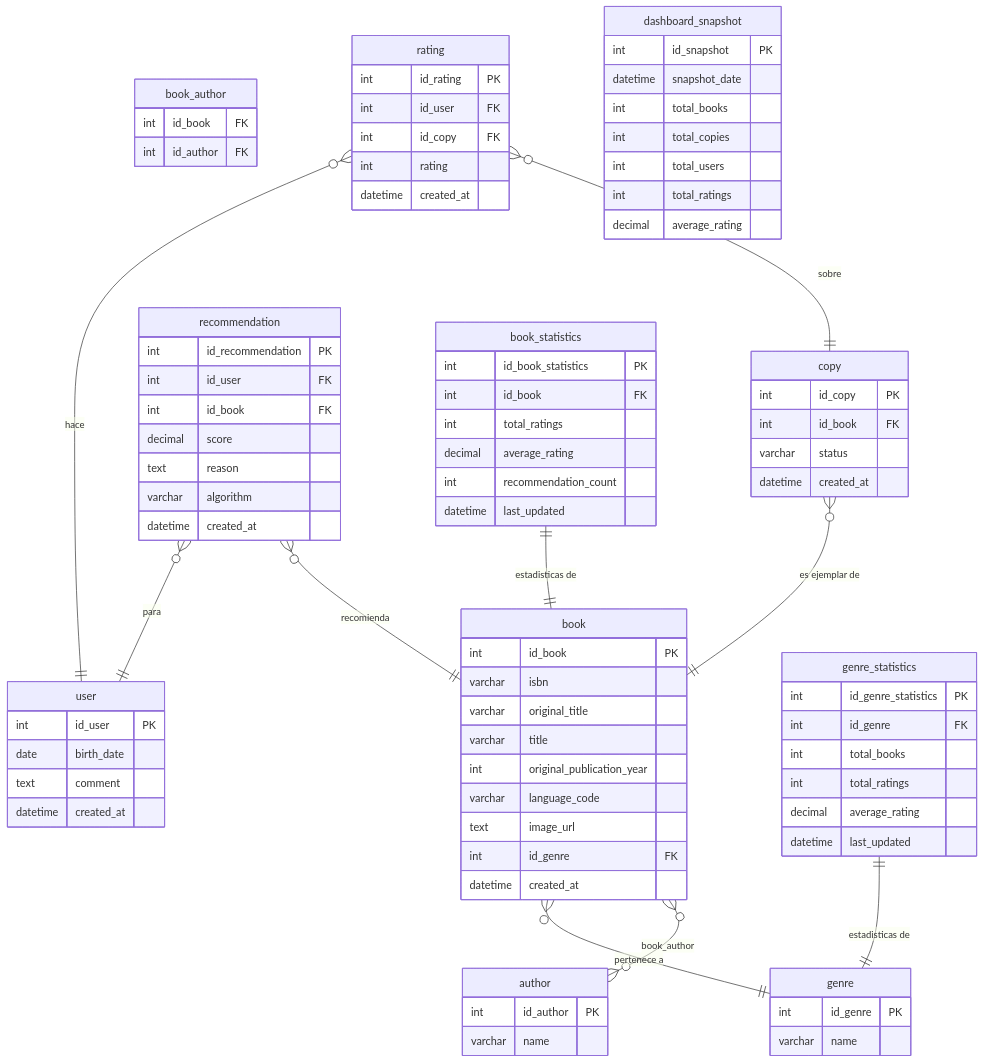
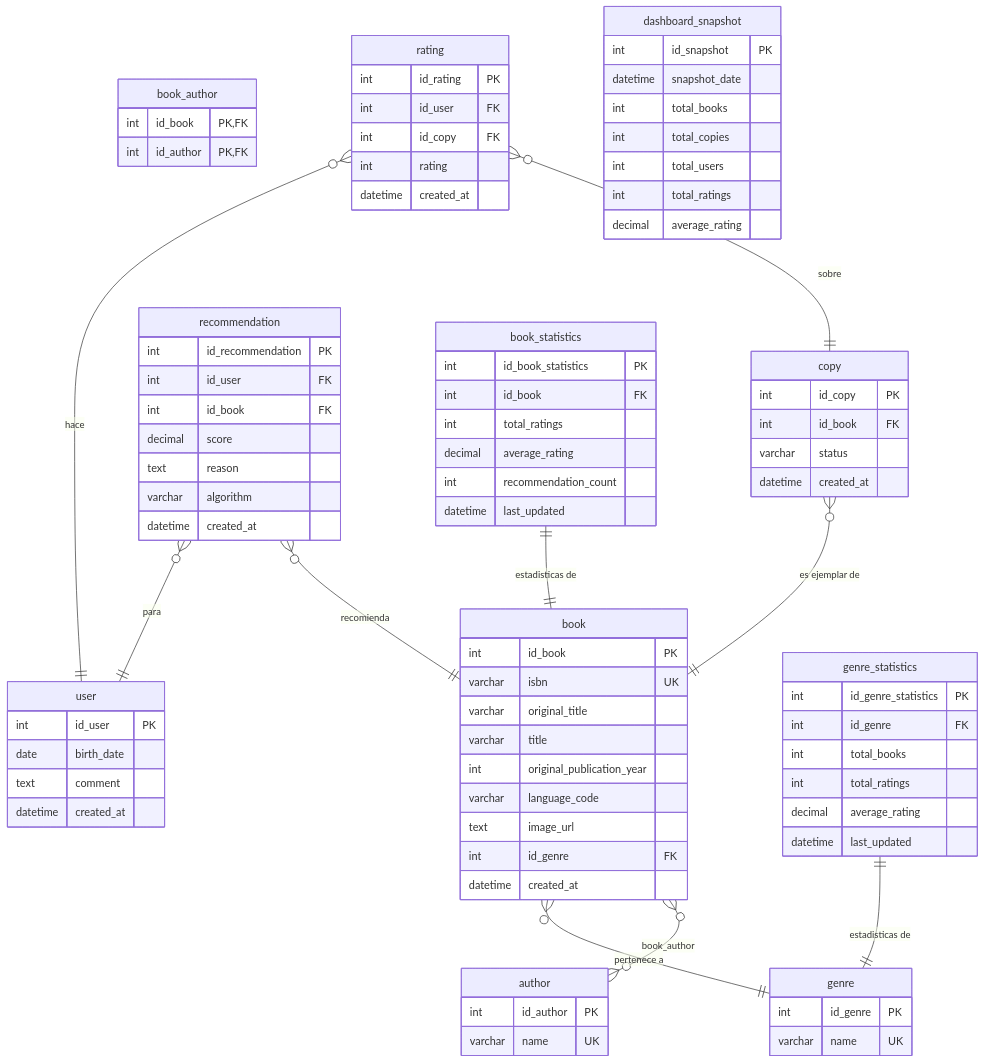
The diagram in docs/datos/esquema-bd.md (Grupo-4-UCMA/Casa-de-la-Cultura_G4), drawn with Mermaid before and after one commit. The commit also changed other lines of this file, not shown here.

```diff
--- a/docs/datos/esquema-bd.md
+++ b/docs/datos/esquema-bd.md
@@ -33,17 +40,17 @@
 
     author {
         int id_author PK
-        varchar name
+        varchar name UK
     }
 
     genre {
         int id_genre PK
-        varchar name
+        varchar name UK
     }
 
     book {
         int id_book PK
-        varchar isbn
+        varchar isbn UK
         varchar original_title
         varchar title
         int original_publication_year
@@ -54,8 +61,8 @@
     }
 
     book_author {
-        int id_book FK
-        int id_author FK
+        int id_book PK, FK
+        int id_author PK, FK
     }
 
     copy {
```
